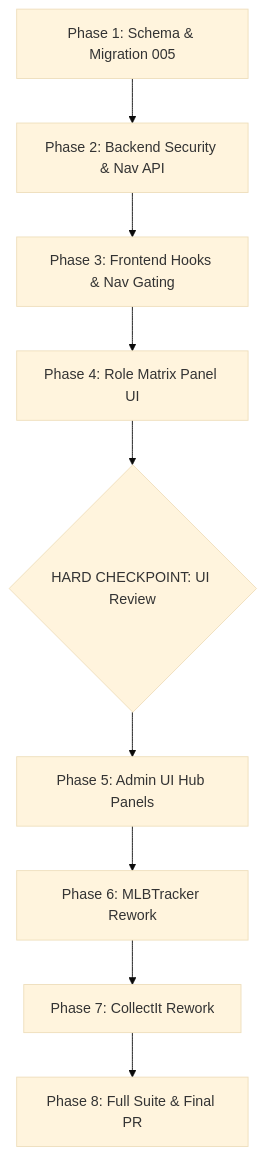
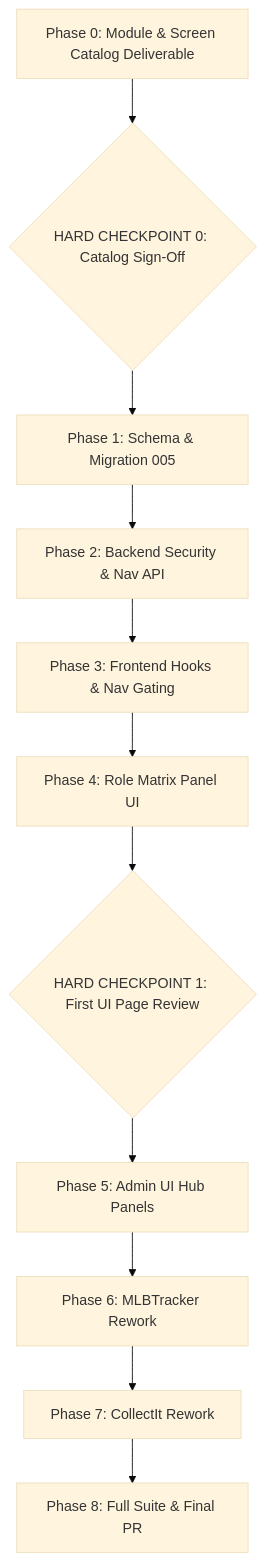
Before and after one commit to djntechnic/bedrock: the diagram in docs/superpowers/plans/2026-08-28-granular-security-model.md, drawn with Mermaid (base theme). The commit also changed other lines of this file, not shown here.

Commit message:
docs: add Phase 0 module/screen catalog deliverable and approval checkpoint to implementation plan

````diff
--- a/docs/superpowers/plans/2026-08-28-granular-security-model.md
+++ b/docs/superpowers/plans/2026-08-28-granular-security-model.md
@@ -43,11 +44,13 @@
 ```mermaid
 graph TD
-    T1[Phase 1: Schema & Migration 005] --> T2[Phase 2: Backend Security & Nav API]
+    T0[Phase 0: Module & Screen Catalog Deliverable] --> Gate0{HARD CHECKPOINT 0: Catalog Sign-Off}
+    Gate0 --> T1[Phase 1: Schema & Migration 005]
+    T1 --> T2[Phase 2: Backend Security & Nav API]
     T2 --> T3[Phase 3: Frontend Hooks & Nav Gating]
     T3 --> T4[Phase 4: Role Matrix Panel UI]
-    T4 --> Gate{HARD CHECKPOINT: UI Review}
-    Gate --> T5[Phase 5: Admin UI Hub Panels]
+    T4 --> Gate1{HARD CHECKPOINT 1: First UI Page Review}
+    Gate1 --> T5[Phase 5: Admin UI Hub Panels]
     T5 --> T6[Phase 6: MLBTracker Rework]
     T6 --> T7[Phase 7: CollectIt Rework]
     T7 --> T8[Phase 8: Full Suite & Final PR]
 ```
````
